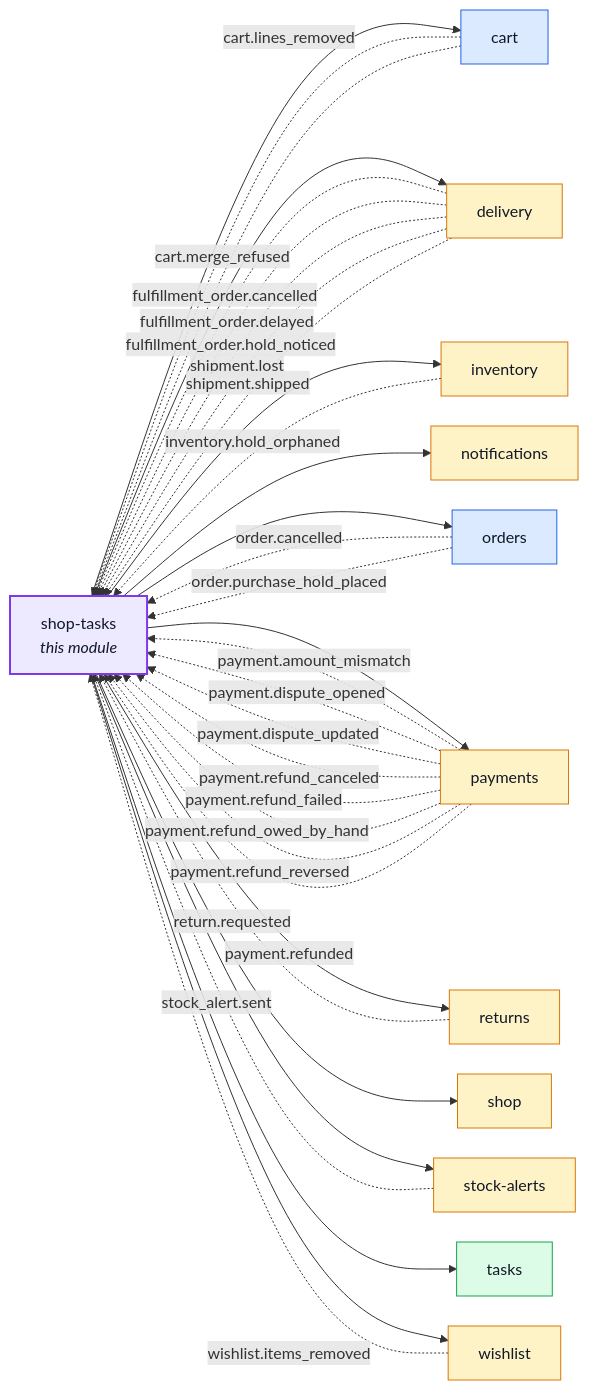
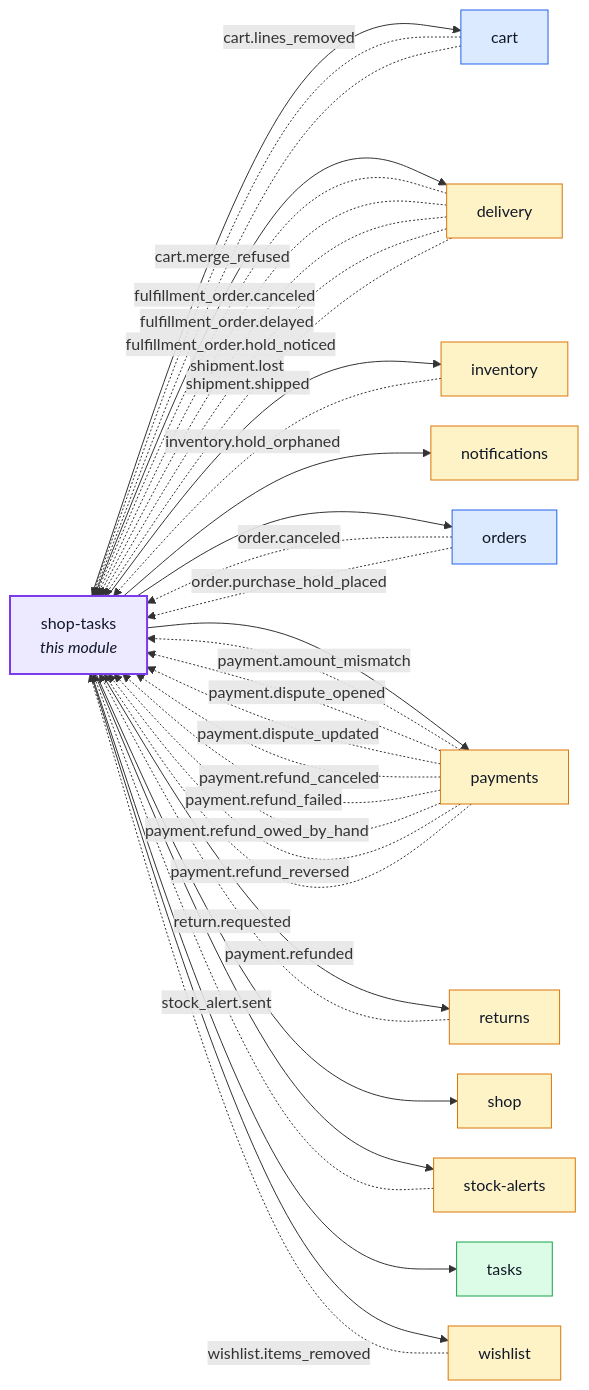
Before and after one commit to Guebbit/boilerplate-node-backend: the first of 3 diagrams in docs/modules/shop-tasks.md, drawn with Mermaid. The commit also changed other lines of this file and 301 other files, not shown here.

````diff
--- a/docs/modules/shop-tasks.md
+++ b/docs/modules/shop-tasks.md
@@ -16,58 +16,58 @@
 ```mermaid
 %%{init: {'flowchart': {'nodeSpacing': 30, 'rankSpacing': 60}}}%%
 flowchart LR
     shop_tasks["shop-tasks<br/><i>this module</i>"]
     cart["cart"]
     delivery["delivery"]
     inventory["inventory"]
     notifications["notifications"]
     orders["orders"]
     payments["payments"]
     returns["returns"]
     shop["shop"]
     stock_alerts["stock-alerts"]
     tasks["tasks"]
     wishlist["wishlist"]
 
     shop_tasks --> cart
     shop_tasks --> delivery
     shop_tasks --> inventory
     shop_tasks --> notifications
     shop_tasks --> orders
     shop_tasks --> payments
     shop_tasks --> returns
     shop_tasks --> shop
     shop_tasks --> stock_alerts
     shop_tasks --> tasks
     shop_tasks --> wishlist
     cart -. "cart.lines_removed" .-> shop_tasks
     cart -. "cart.merge_refused" .-> shop_tasks
-    delivery -. "fulfillment_order.cancelled" .-> shop_tasks
+    delivery -. "fulfillment_order.canceled" .-> shop_tasks
     delivery -. "fulfillment_order.delayed" .-> shop_tasks
     delivery -. "fulfillment_order.hold_noticed" .-> shop_tasks
     delivery -. "shipment.lost" .-> shop_tasks
     delivery -. "shipment.shipped" .-> shop_tasks
     inventory -. "inventory.hold_orphaned" .-> shop_tasks
-    orders -. "order.cancelled" .-> shop_tasks
+    orders -. "order.canceled" .-> shop_tasks
     orders -. "order.purchase_hold_placed" .-> shop_tasks
     payments -. "payment.amount_mismatch" .-> shop_tasks
     payments -. "payment.dispute_opened" .-> shop_tasks
     payments -. "payment.dispute_updated" .-> shop_tasks
     payments -. "payment.refund_canceled" .-> shop_tasks
     payments -. "payment.refund_failed" .-> shop_tasks
     payments -. "payment.refund_owed_by_hand" .-> shop_tasks
     payments -. "payment.refund_reversed" .-> shop_tasks
     payments -. "payment.refunded" .-> shop_tasks
     returns -. "return.requested" .-> shop_tasks
     stock_alerts -. "stock_alert.sent" .-> shop_tasks
     wishlist -. "wishlist.items_removed" .-> shop_tasks
 
     classDef core fill:#dbeafe,stroke:#2563eb,color:#111827;
     classDef supporting fill:#fef3c7,stroke:#d97706,color:#111827;
     classDef generic fill:#dcfce7,stroke:#16a34a,color:#111827;
     classDef centre fill:#ede9fe,stroke:#7c3aed,stroke-width:2px,color:#111827;
     class cart,orders core;
     class delivery,inventory,notifications,payments,returns,shop,stock_alerts,wishlist supporting;
     class tasks generic;
     class shop_tasks centre;
 ```
````
